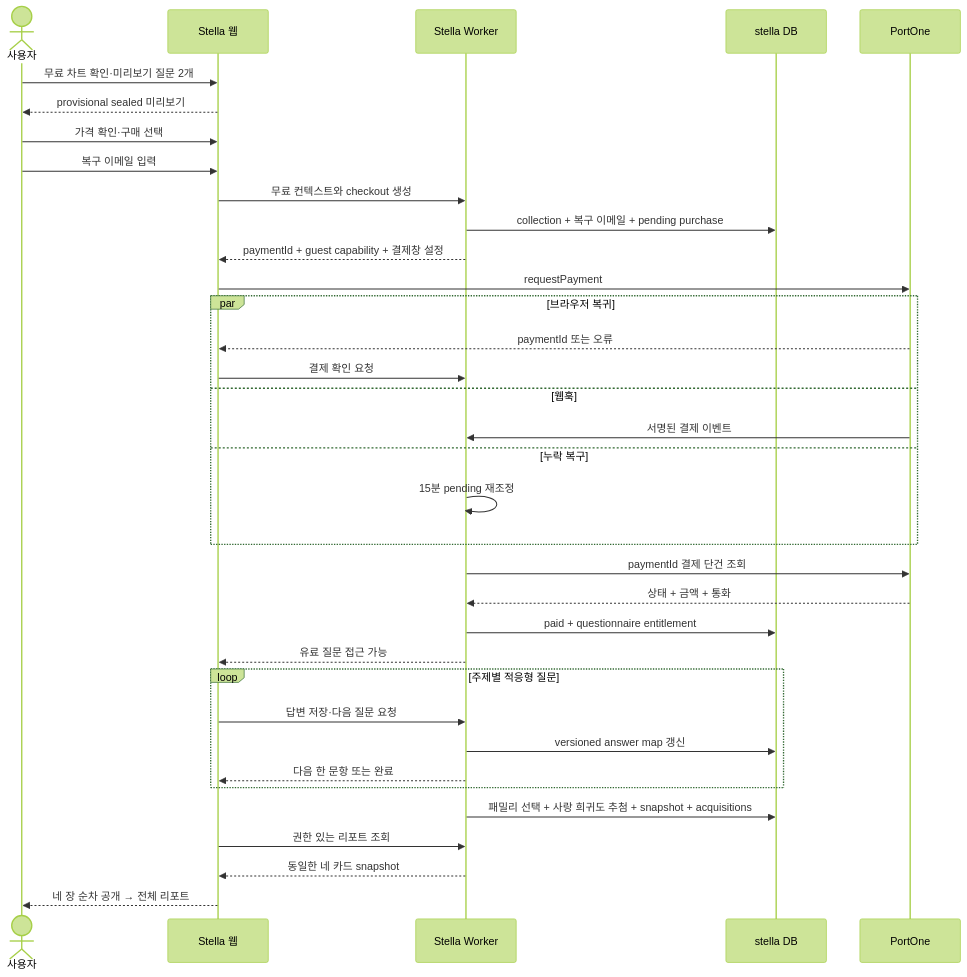
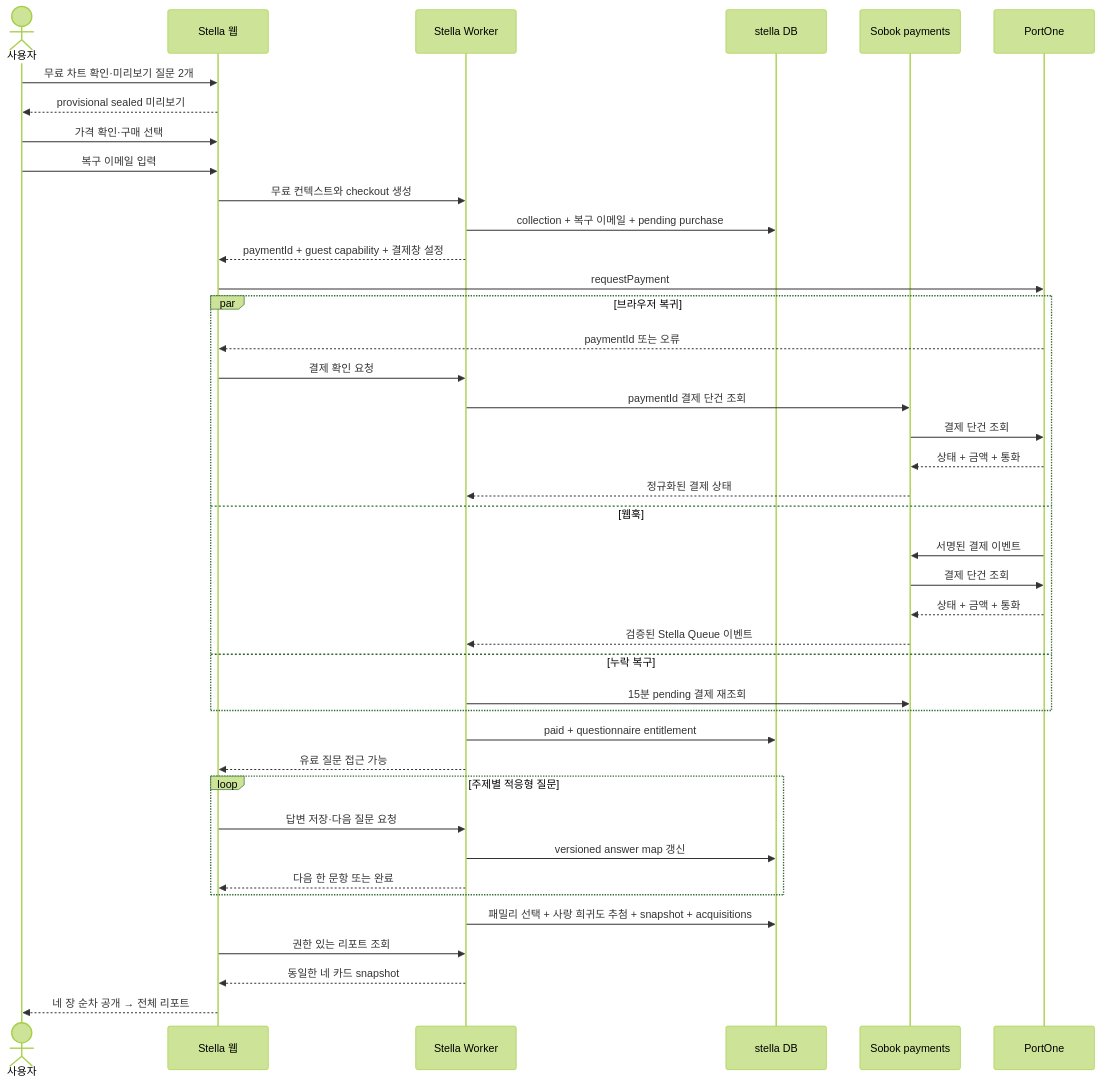
The diagram in apps/stella/design/zodiac-guardians/korea-paid-report-vertical-slice.md (sobok2026/sobok), drawn with Mermaid (forest theme) before and after one commit. The commit also changed other lines of this file and 81 other files, not shown here.

````diff
--- a/apps/stella/design/zodiac-guardians/korea-paid-report-vertical-slice.md
+++ b/apps/stella/design/zodiac-guardians/korea-paid-report-vertical-slice.md
@@ -95,40 +95,46 @@
 ```mermaid
 sequenceDiagram
   actor U as 사용자
   participant B as Stella 웹
   participant W as Stella Worker
   participant D as stella DB
+  participant X as Sobok payments
   participant P as PortOne
 
   U->>B: 무료 차트 확인·미리보기 질문 2개
   B-->>U: provisional sealed 미리보기
   U->>B: 가격 확인·구매 선택
   U->>B: 복구 이메일 입력
   B->>W: 무료 컨텍스트와 checkout 생성
   W->>D: collection + 복구 이메일 + pending purchase
   W-->>B: paymentId + guest capability + 결제창 설정
   B->>P: requestPayment
 
   par 브라우저 복귀
     P-->>B: paymentId 또는 오류
     B->>W: 결제 확인 요청
+    W->>X: paymentId 결제 단건 조회
+    X->>P: 결제 단건 조회
+    P-->>X: 상태 + 금액 + 통화
+    X-->>W: 정규화된 결제 상태
   and 웹훅
-    P->>W: 서명된 결제 이벤트
+    P->>X: 서명된 결제 이벤트
+    X->>P: 결제 단건 조회
+    P-->>X: 상태 + 금액 + 통화
+    X-->>W: 검증된 Stella Queue 이벤트
   and 누락 복구
-    W->>W: 15분 pending 재조정
+    W->>X: 15분 pending 결제 재조회
   end
 
-  W->>P: paymentId 결제 단건 조회
-  P-->>W: 상태 + 금액 + 통화
   W->>D: paid + questionnaire entitlement
   W-->>B: 유료 질문 접근 가능
   loop 주제별 적응형 질문
     B->>W: 답변 저장·다음 질문 요청
     W->>D: versioned answer map 갱신
     W-->>B: 다음 한 문항 또는 완료
   end
   W->>D: 패밀리 선택 + 사랑 희귀도 추첨 + snapshot + acquisitions
   B->>W: 권한 있는 리포트 조회
   W-->>B: 동일한 네 카드 snapshot
   B-->>U: 네 장 순차 공개 → 전체 리포트
 ```
````
